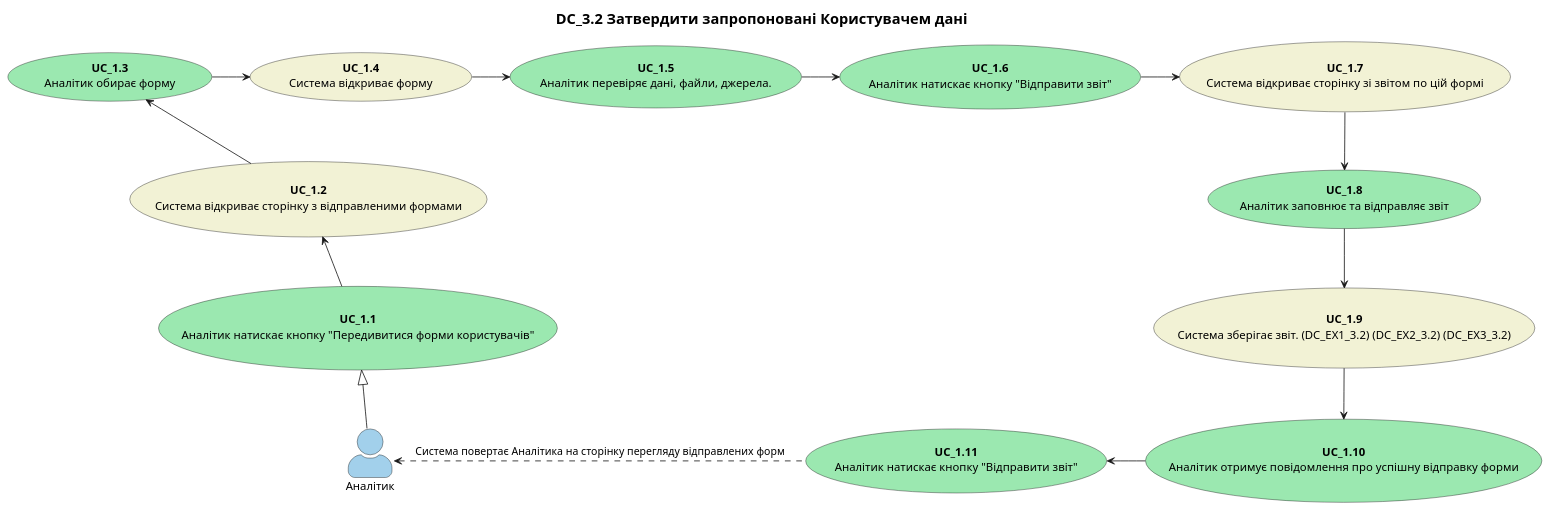
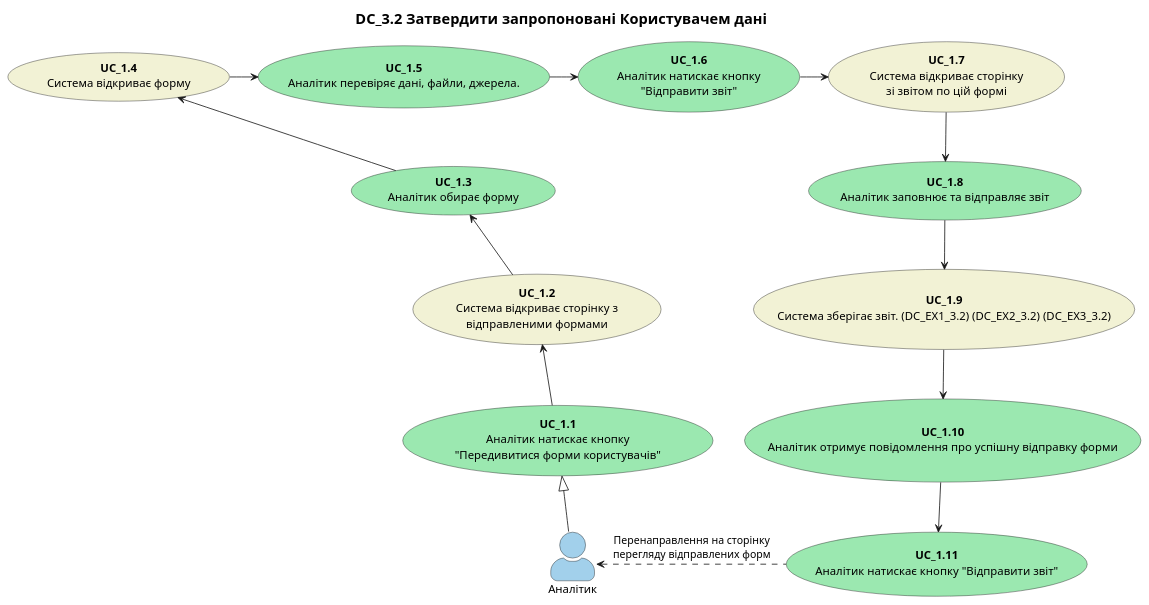
The tenth of 11 diagrams in docs/use cases/README.md (boldak/edu-db-cw), drawn with PlantUML before and after one commit. The commit also changed other lines of this file, not shown here.

```diff
--- a/docs/use cases/README.md
+++ b/docs/use cases/README.md
@@ -421,36 +420,36 @@
 @startuml
 
     title
         <font size=18 color=black>DC_3.2 Затвердити запропоновані Користувачем дані    
     end title
 
     skinparam actorStyle awesome
 
     actor "Аналітик" as User #a2d0eb
 
-    usecase "<b>UC_1.1</b>\nАналітик натискає кнопку "Передивитися форми користувачів"" as S1 #9be8b0
-    usecase "<b>UC_1.2</b>\nСистема відкриває сторінку з відправленими формами" as S2 #f2f2d5
+    usecase "<b>UC_1.1</b>\nАналітик натискає кнопку\n"Передивитися форми користувачів"" as S1 #9be8b0
+    usecase "<b>UC_1.2</b>\nСистема відкриває сторінку з\nвідправленими формами" as S2 #f2f2d5
     usecase "<b>UC_1.3</b>\nАналітик обирає форму" as S3 #9be8b0
     usecase "<b>UC_1.4</b>\nСистема відкриває форму" as S4 #f2f2d5
     usecase "<b>UC_1.5</b>\nАналітик перевіряє дані, файли, джерела." as S5 #9be8b0
-    usecase "<b>UC_1.6</b>\nАналітик натискає кнопку "Відправити звіт"" as S6 #9be8b0
-    usecase "<b>UC_1.7</b>\nСистема відкриває сторінку зі звітом по цій формі" as S7 #f2f2d5
+    usecase "<b>UC_1.6</b>\nАналітик натискає кнопку\n"Відправити звіт"" as S6 #9be8b0
+    usecase "<b>UC_1.7</b>\nСистема відкриває сторінку\nзі звітом по цій формі" as S7 #f2f2d5
     usecase "<b>UC_1.8</b>\nАналітик заповнює та відправляє звіт" as S8 #9be8b0
     usecase "<b>UC_1.9</b>\nСистема зберігає звіт. (DС_EX1_3.2) (DС_EX2_3.2) (DС_EX3_3.2)" as S9 #f2f2d5
     usecase "<b>UC_1.10</b>\nАналітик отримує повідомлення про успішну відправку форми" as S10 #9be8b0
     usecase "<b>UC_1.11</b>\nАналітик натискає кнопку "Відправити звіт"" as S11 #9be8b0
 
     User -up-|> S1
     S1 -up-> S2
     S2 -up-> S3
-    S3 -right-> S4
+    S3 -up-> S4
     S4 -right-> S5
     S5 -right-> S6
     S6 -right-> S7
     S7 -down-> S8
     S8 -down-> S9
     S9 -down-> S10
-    S10 -left-> S11
-    S11 -left.> User: Система повертає Аналітика на сторінку перегляду відправлених форм
-
+    S10 -down-> S11
+    S11 -left.> User: Перенаправлення на сторінку\nперегляду відправлених форм
+    
 @enduml
```
